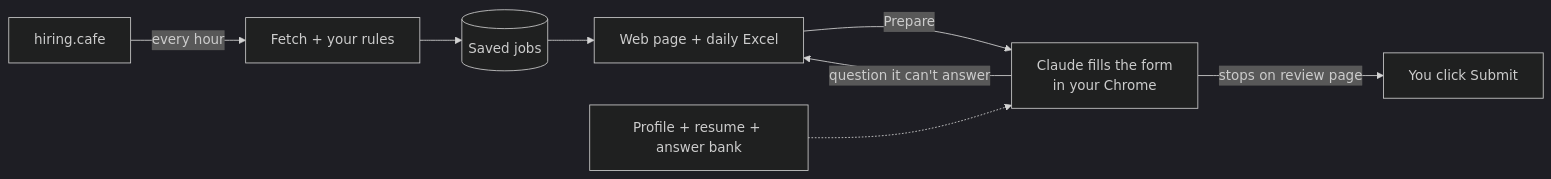
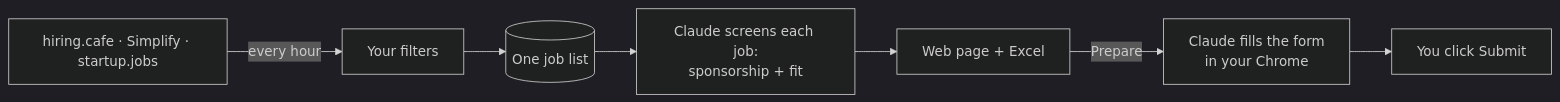
The diagram in README.md (zhuyuezx/JobAppBot), drawn with Mermaid (dark theme) before and after one commit. The commit also changed other lines of this file and 7 other files, not shown here.

````diff
--- a/README.md
+++ b/README.md
@@ -9,10 +9,9 @@
 ```mermaid
 flowchart LR
-    HC[hiring.cafe] -->|every hour| F[Fetch + your rules]
-    F --> DB[(Saved jobs)]
-    DB --> UI[Web page + daily Excel]
-    UI -->|Prepare| C[Claude fills the form<br/>in your Chrome]
-    C -->|stops on review page| YOU[You click Submit]
-    C -->|question it can't answer| UI
-    P[Profile + resume + answer bank] -.-> C
+    S[hiring.cafe · Simplify · startup.jobs] -->|every hour| F[Your filters]
+    F --> DB[(One job list)]
+    DB --> SC[Claude screens each job:<br/>sponsorship + fit]
+    SC --> UI[Web page + Excel]
+    UI -->|Prepare| A[Claude fills the form<br/>in your Chrome]
+    A --> YOU[You click Submit]
 ```
````
